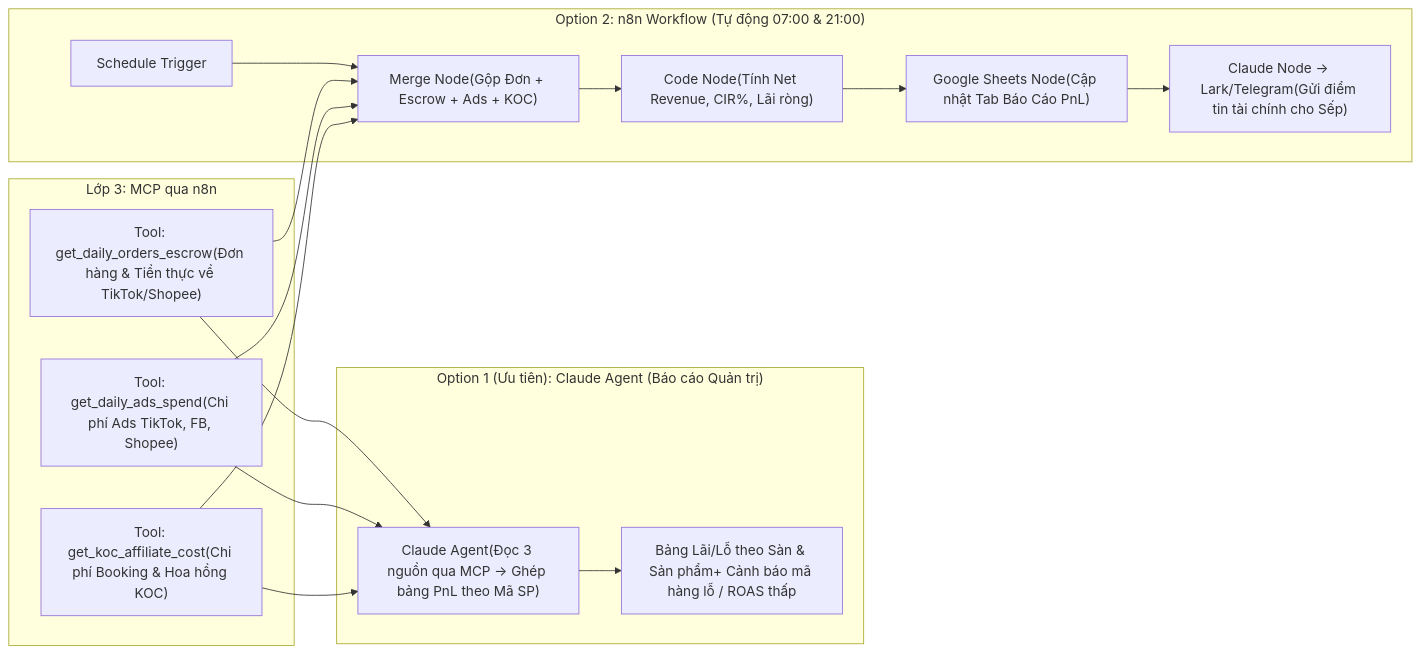
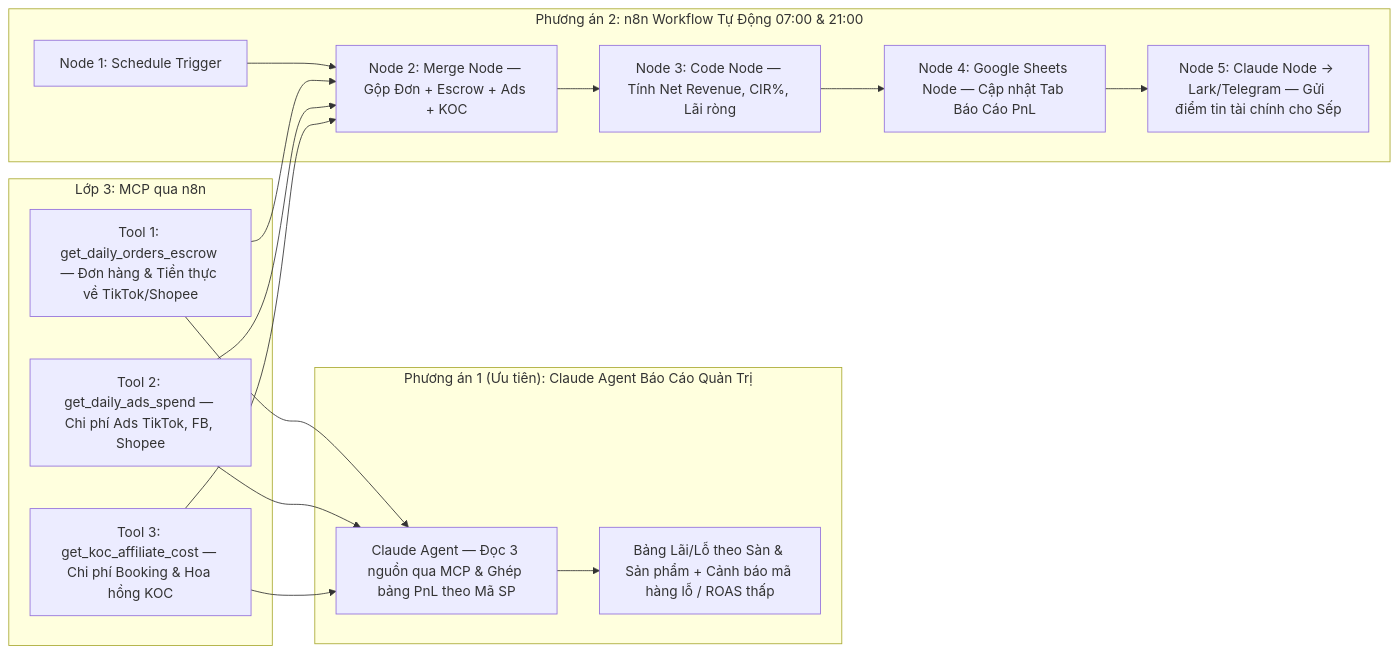
One commit to hattorimkk/api-docs changed the third of 17 diagrams in SYSTEM_ARCHITECTURE.md. Above: the diagram before and after it, drawn with Mermaid. The commit also changed other lines of this file, not shown here.

````diff
--- a/SYSTEM_ARCHITECTURE.md
+++ b/SYSTEM_ARCHITECTURE.md
@@ -264,29 +366,31 @@
 ```mermaid
 flowchart LR
-    subgraph DATA_MCP["Lớp 3: MCP qua n8n"]
-        T_ORD["Tool: get_daily_orders_escrow(Đơn hàng & Tiền thực về TikTok/Shopee)"]
-        T_ADS["Tool: get_daily_ads_spend(Chi phí Ads TikTok, FB, Shopee)"]
-        T_KOC["Tool: get_koc_affiliate_cost(Chi phí Booking & Hoa hồng KOC)"]
+    subgraph DATA_MCP_1B["Lớp 3: MCP qua n8n"]
+        T_ORD["Tool 1: get_daily_orders_escrow — Đơn hàng & Tiền thực về TikTok/Shopee"]
+        T_ADS["Tool 2: get_daily_ads_spend — Chi phí Ads TikTok, FB, Shopee"]
+        T_KOC["Tool 3: get_koc_affiliate_cost — Chi phí Booking & Hoa hồng KOC"]
     end
 
-    subgraph OPT_A2["Option 1 (Ưu tiên): Claude Agent (Báo cáo Quản trị)"]
-        CLAUDE_PNL["Claude Agent(Đọc 3 nguồn qua MCP -> Ghép bảng PnL theo Mã SP)"]
-        OUT_PNL["Bảng Lãi/Lỗ theo Sàn & Sản phẩm+ Cảnh báo mã hàng lỗ / ROAS thấp"]
+    subgraph OPT1_1B["Phương án 1 (Ưu tiên): Claude Agent Báo Cáo Quản Trị"]
+        CLAUDE_PNL["Claude Agent — Đọc 3 nguồn qua MCP & Ghép bảng PnL theo Mã SP"]
+        OUT_PNL["Bảng Lãi/Lỗ theo Sàn & Sản phẩm + Cảnh báo mã hàng lỗ / ROAS thấp"]
         CLAUDE_PNL --> OUT_PNL
     end
 
-    subgraph OPT_B2["Option 2: n8n Workflow (Tự động 07:00 & 21:00)"]
-        W1["Schedule Trigger"] --> W2["Merge Node(Gộp Đơn + Escrow + Ads + KOC)"]
-        W2 --> W3["Code Node(Tính Net Revenue, CIR%, Lãi ròng)"]
-        W3 --> W4["Google Sheets Node(Cập nhật Tab Báo Cáo PnL)"]
-        W4 --> W5["Claude Node -> Lark/Telegram(Gửi điểm tin tài chính cho Sếp)"]
+    subgraph OPT2_1B["Phương án 2: n8n Workflow Tự Động 07:00 & 21:00"]
+        W1["Node 1: Schedule Trigger"]
+        W2["Node 2: Merge Node — Gộp Đơn + Escrow + Ads + KOC"]
+        W3["Node 3: Code Node — Tính Net Revenue, CIR%, Lãi ròng"]
+        W4["Node 4: Google Sheets Node — Cập nhật Tab Báo Cáo PnL"]
+        W5["Node 5: Claude Node -> Lark/Telegram — Gửi điểm tin tài chính cho Sếp"]
+        W1 --> W2 --> W3 --> W4 --> W5
     end
 
     T_ORD --> CLAUDE_PNL
     T_ADS --> CLAUDE_PNL
     T_KOC --> CLAUDE_PNL
 
     T_ORD --> W2
     T_ADS --> W2
     T_KOC --> W2
 ```
````
